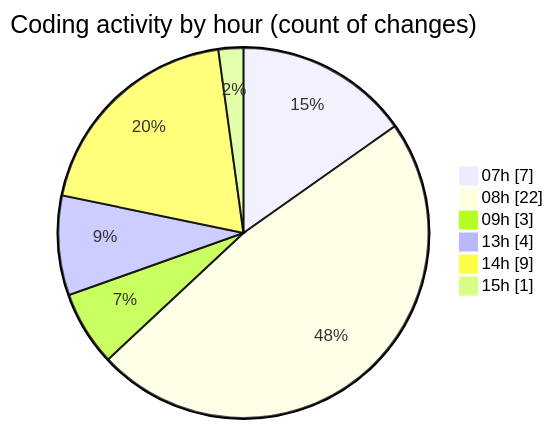
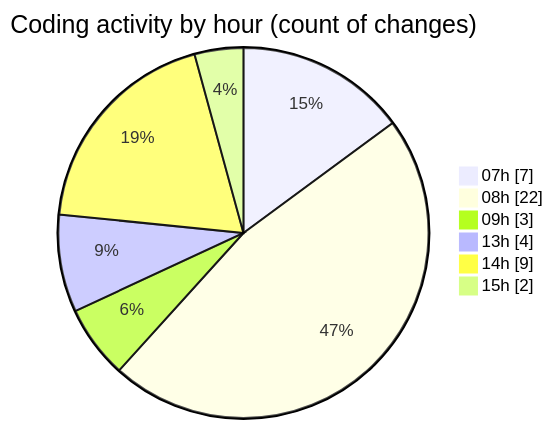
The second of 2 diagrams in 2025-05-04/niten/README.md (Elitesun/code-tracking), drawn with Mermaid before and after one commit. The commit also changed other lines of this file and 1 other file, not shown here.

````diff
--- a/2025-05-04/niten/README.md
+++ b/2025-05-04/niten/README.md
@@ -45,10 +45,10 @@
 ```mermaid
 pie showData
 title Coding activity by hour (count of changes)
 "07h" : 7
 "08h" : 22
 "09h" : 3
 "13h" : 4
 "14h" : 9
-"15h" : 1
+"15h" : 2
 ```
````
